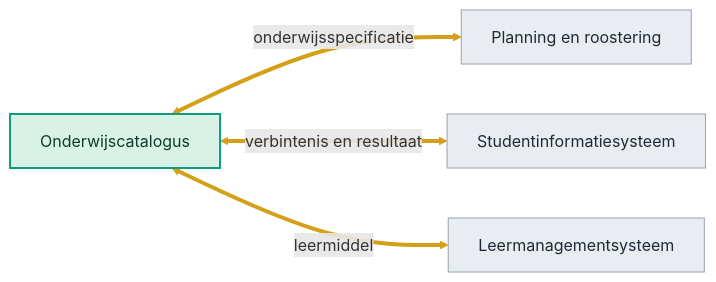
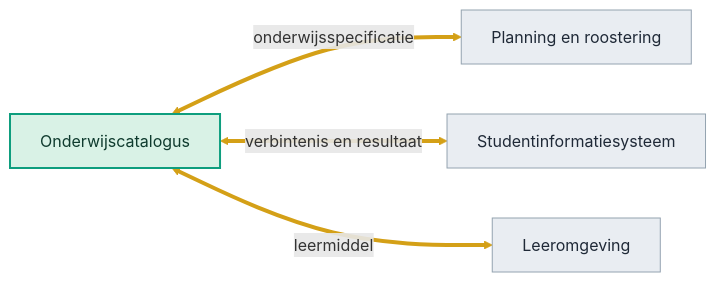
Before and after one commit to Npuls-OKx/meta: the eighth of 8 diagrams in presentaties/src/260904_ai_houdbaarheid.md, drawn with Mermaid. The commit also changed other lines of this file and 2 other files, not shown here.

````diff
--- a/presentaties/src/260904_ai_houdbaarheid.md
+++ b/presentaties/src/260904_ai_houdbaarheid.md
@@ -545,15 +641,15 @@
 ```mermaid
 flowchart LR
   OC["Onderwijscatalogus"]
   PR["Planning en roostering"]
   SIS["Studentinformatiesysteem"]
-  LMS["Leermanagementsysteem"]
+  LMS["Leeromgeving"]
   OC <-->|"onderwijsspecificatie"| PR
   OC <-->|"verbintenis en resultaat"| SIS
   OC <-->|"leermiddel"| LMS
   style OC fill:#d9f2e6,stroke:#0E9E7E,stroke-width:2px,color:#0f3b2e
   style PR fill:#e9edf2,stroke:#94a3b0,color:#1f2937
   style SIS fill:#e9edf2,stroke:#94a3b0,color:#1f2937
   style LMS fill:#e9edf2,stroke:#94a3b0,color:#1f2937
   linkStyle 0,1,2 stroke:#D4A017,stroke-width:4px
 ```
````
